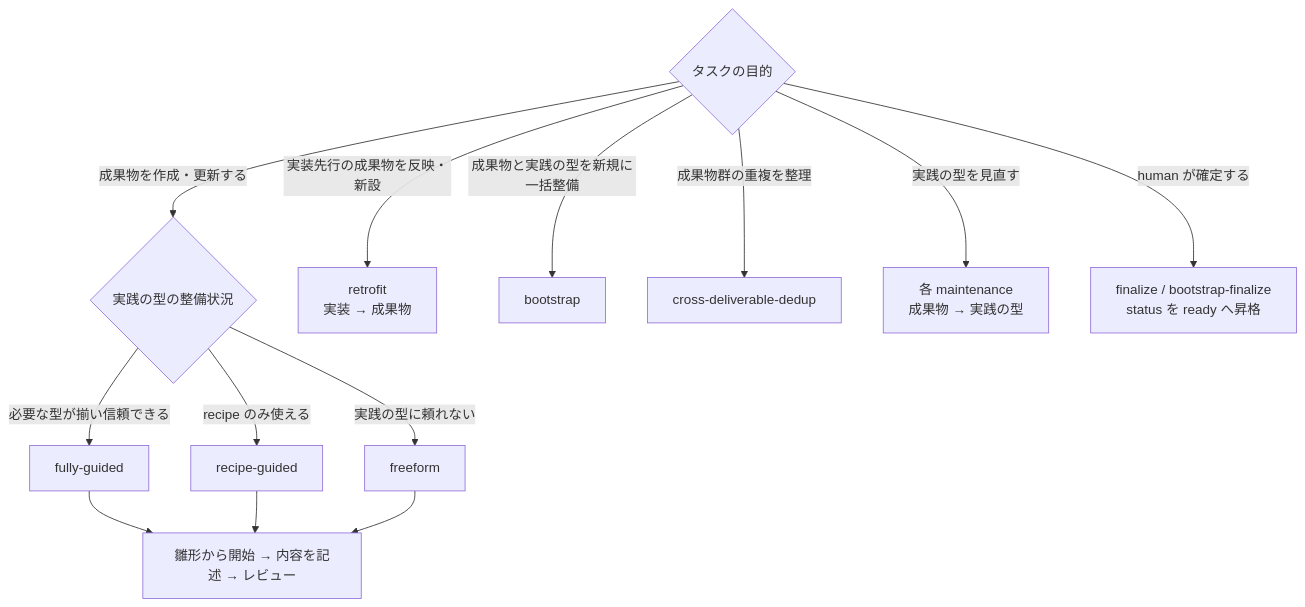
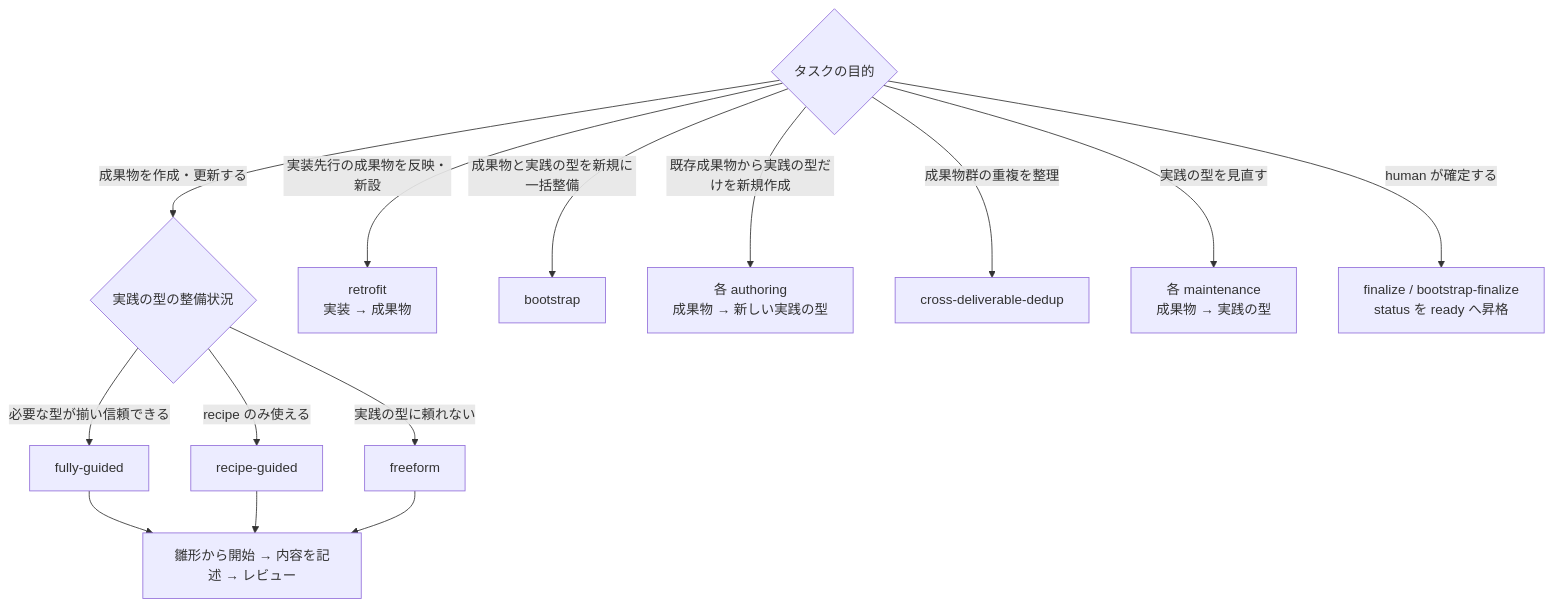
The first of 5 diagrams in docs/ja/specdojo/guides/ryu-guide.md (specdojo/specdojo), drawn with Mermaid before and after one commit. The commit also changed other lines of this file and 63 other files, not shown here.

````diff
--- a/docs/ja/specdojo/guides/ryu-guide.md
+++ b/docs/ja/specdojo/guides/ryu-guide.md
@@ -47,16 +47,17 @@
 ```mermaid
 flowchart TD
   P{"タスクの目的"}
   P -->|"成果物を作成・更新する"| M{"実践の型の整備状況"}
   M -->|"必要な型が揃い信頼できる"| FG["fully-guided"]
   M -->|"recipe のみ使える"| RG["recipe-guided"]
   M -->|"実践の型に頼れない"| FF["freeform"]
   FG --> W["雛形から開始 → 内容を記述 → レビュー"]
   RG --> W
   FF --> W
   P -->|"実装先行の成果物を反映・新設"| RF["retrofit<br/>実装 → 成果物"]
   P -->|"成果物と実践の型を新規に一括整備"| BS["bootstrap"]
+  P -->|"既存成果物から実践の型だけを新規作成"| AU["各 authoring<br/>成果物 → 新しい実践の型"]
   P -->|"成果物群の重複を整理"| DD["cross-deliverable-dedup"]
   P -->|"実践の型を見直す"| MT["各 maintenance<br/>成果物 → 実践の型"]
   P -->|"human が確定する"| FIN["finalize / bootstrap-finalize<br/>status を ready へ昇格"]
 ```
````
